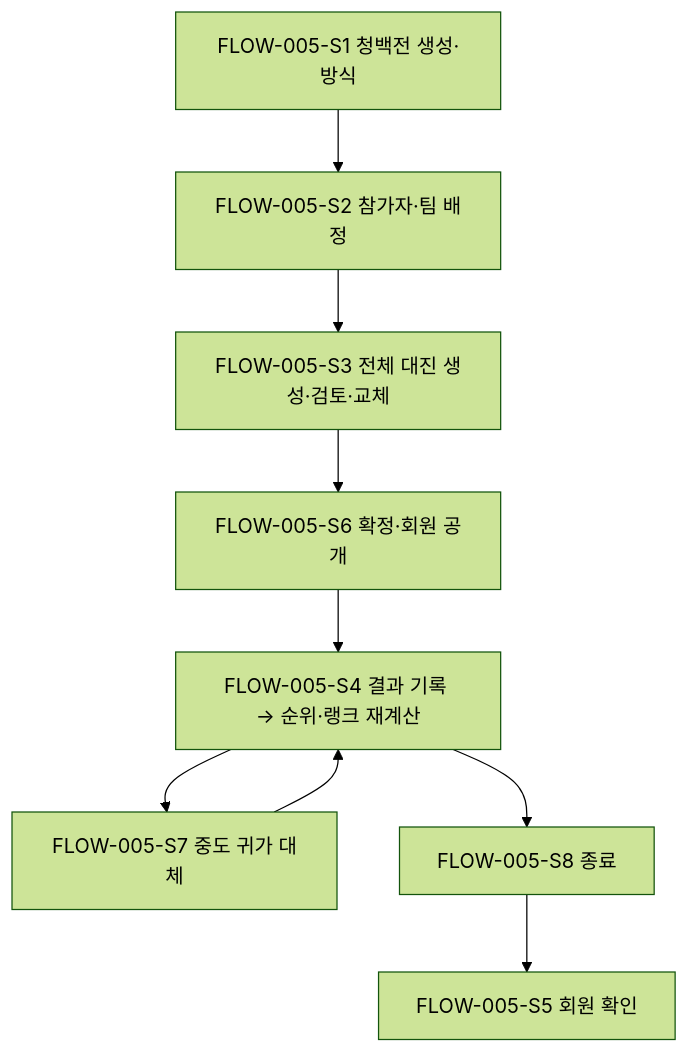
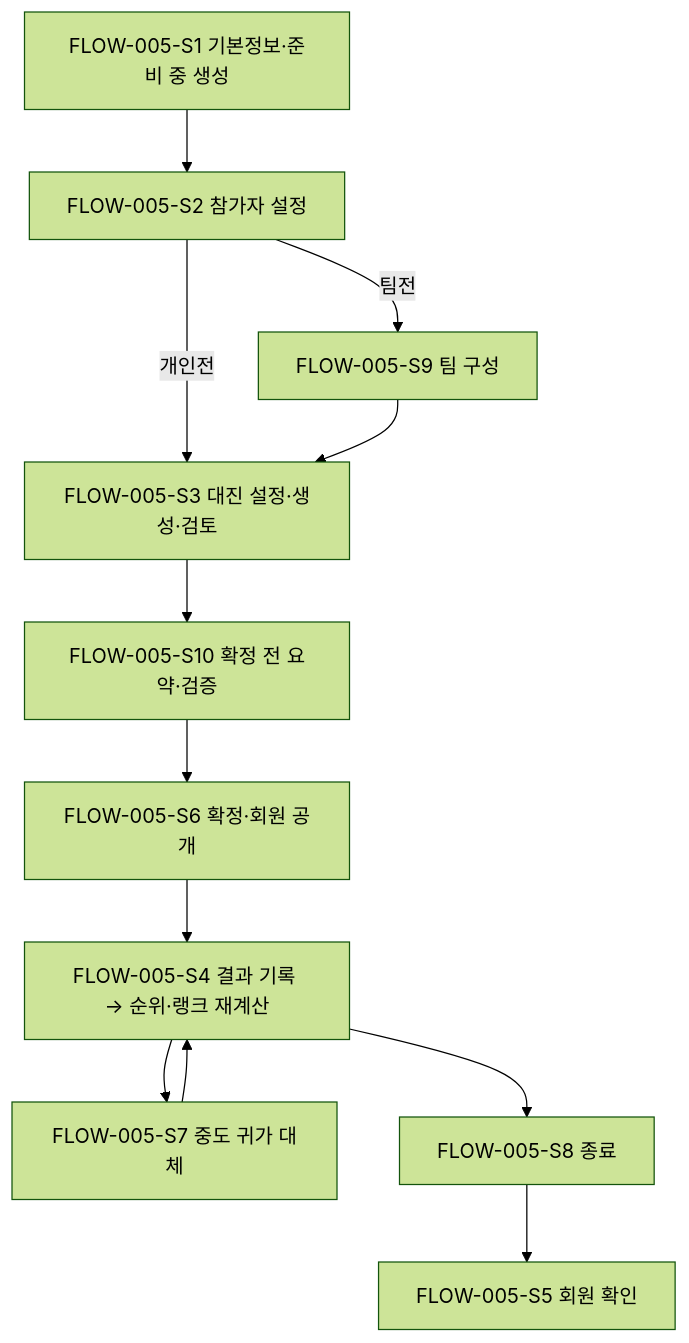
Before and after one commit to hoik-ryu/badminton-playbook: the fifth of 8 diagrams in docs/planning/04-user-flows.md, drawn with Mermaid (forest theme). The commit also changed other lines of this file and 5 other files, not shown here.

````diff
--- a/docs/planning/04-user-flows.md
+++ b/docs/planning/04-user-flows.md
@@ -192,11 +209,14 @@
 ```mermaid
 flowchart TD
-  S1[FLOW-005-S1 청백전 생성·방식] --> S2[FLOW-005-S2 참가자·팀 배정]
-  S2 --> S3[FLOW-005-S3 전체 대진 생성·검토·교체]
-  S3 --> S6[FLOW-005-S6 확정·회원 공개]
+  S1[FLOW-005-S1 기본정보·준비 중 생성] --> S2[FLOW-005-S2 참가자 설정]
+  S2 -->|팀전| S9[FLOW-005-S9 팀 구성]
+  S2 -->|개인전| S3[FLOW-005-S3 대진 설정·생성·검토]
+  S9 --> S3
+  S3 --> S10[FLOW-005-S10 확정 전 요약·검증]
+  S10 --> S6[FLOW-005-S6 확정·회원 공개]
   S6 --> S4[FLOW-005-S4 결과 기록 → 순위·랭크 재계산]
   S4 --> S7[FLOW-005-S7 중도 귀가 대체]
   S7 --> S4
   S4 --> S8[FLOW-005-S8 종료]
   S8 --> S5[FLOW-005-S5 회원 확인]
 ```
````
